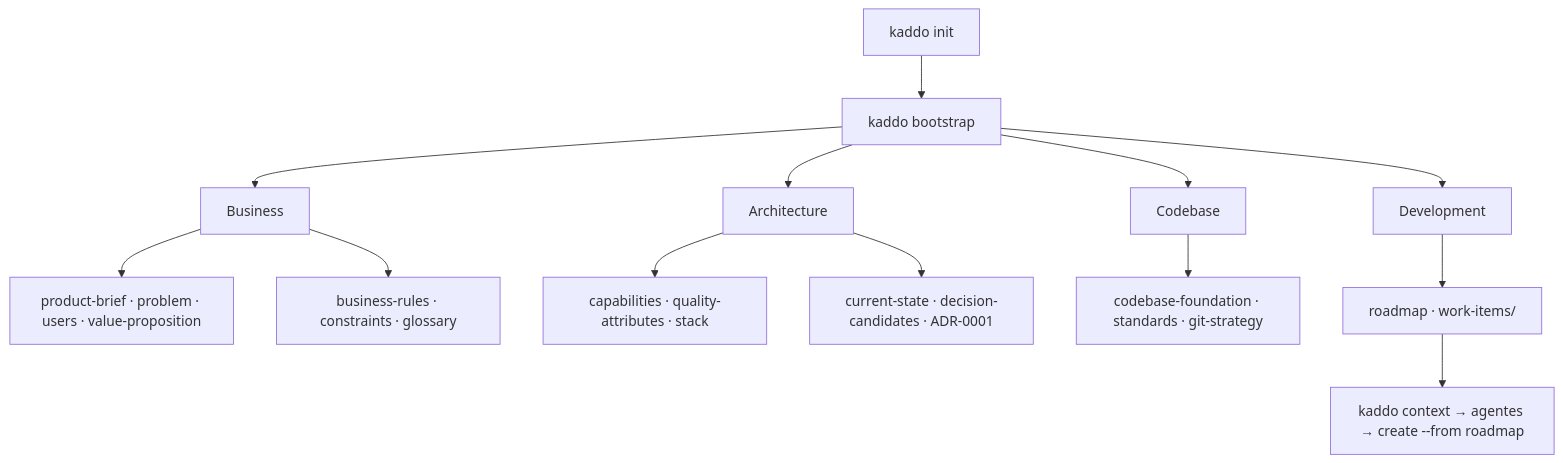
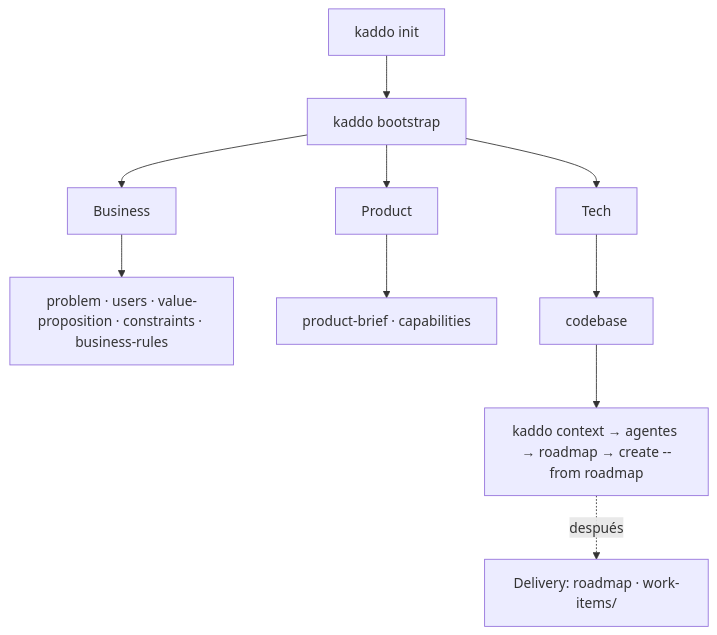
Before and after one commit to Kaddo-kdd/kaddo: the diagram in apps/docs/src/content/docs/es/commands/bootstrap.md, drawn with Mermaid. The commit also changed other lines of this file and 105 other files, not shown here.

````diff
--- a/apps/docs/src/content/docs/es/commands/bootstrap.md
+++ b/apps/docs/src/content/docs/es/commands/bootstrap.md
@@ -24,15 +26,12 @@
 ```mermaid
 flowchart TD
     A[kaddo init] --> B[kaddo bootstrap]
     B --> C[Business]
-    C --> C1[product-brief · problem · users · value-proposition]
-    C --> C2[business-rules · constraints · glossary]
-    B --> D[Architecture]
-    D --> D1[capabilities · quality-attributes · stack]
-    D --> D2[current-state · decision-candidates · ADR-0001]
-    B --> E[Codebase]
-    E --> E1[codebase-foundation · standards · git-strategy]
-    B --> F[Development]
-    F --> F1[roadmap · work-items/]
-    F1 --> G[kaddo context → agentes → create --from roadmap]
+    C --> C1[problem · users · value-proposition · constraints · business-rules]
+    B --> D[Product]
+    D --> D1[product-brief · capabilities]
+    B --> E[Tech]
+    E --> E1[codebase]
+    E1 --> G[kaddo context → agentes → roadmap → create --from roadmap]
+    G -.después.-> H[Delivery: roadmap · work-items/]
 ```
````
